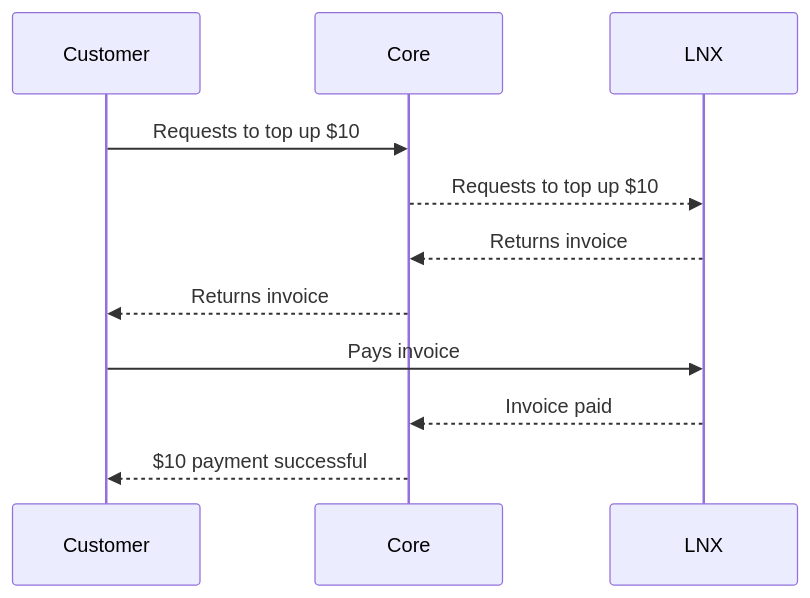
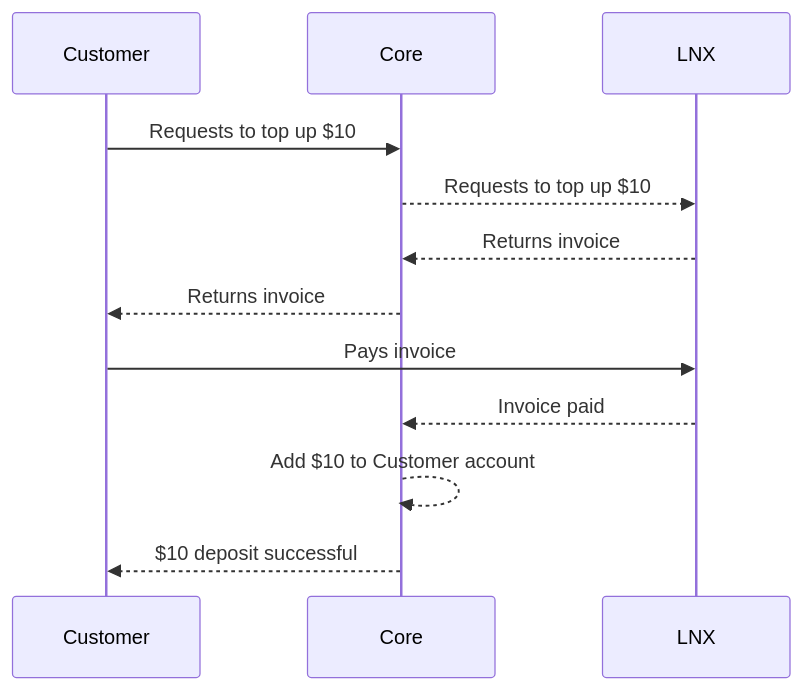
Before and after one commit to bloom-solutions/lnx-spec: the first of 3 diagrams in 001-lnx-broker/readme.md, drawn with Mermaid.

Commit message:
docs: add internal ledger change for deposit

````diff
--- a/001-lnx-broker/readme.md
+++ b/001-lnx-broker/readme.md
@@ -17,13 +17,14 @@
 ```mermaid
 sequenceDiagram
     Participant Customer
     Participant Core
     Participant LNX
     Customer->>Core: Requests to top up $10
     Core-->>LNX: Requests to top up $10
     LNX-->>Core: Returns invoice
     Core-->>Customer: Returns invoice
     Customer->>LNX: Pays invoice
     LNX-->>Core: Invoice paid
-    Core-->>Customer: $10 payment successful
+    Core-->>Core: Add $10 to Customer account
+    Core-->>Customer: $10 deposit successful
 ```
````
